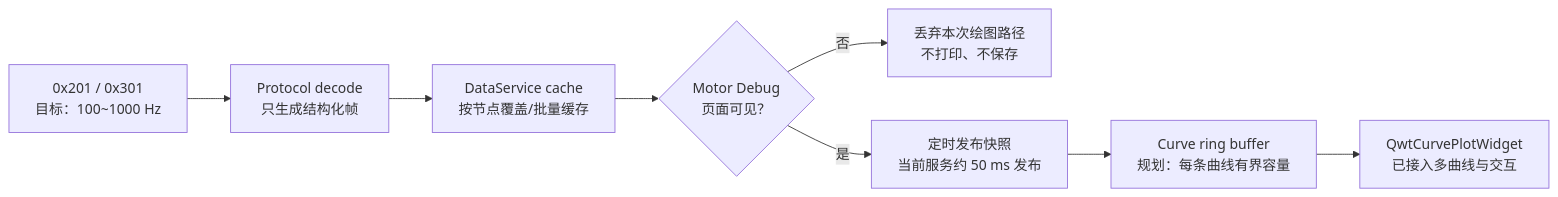
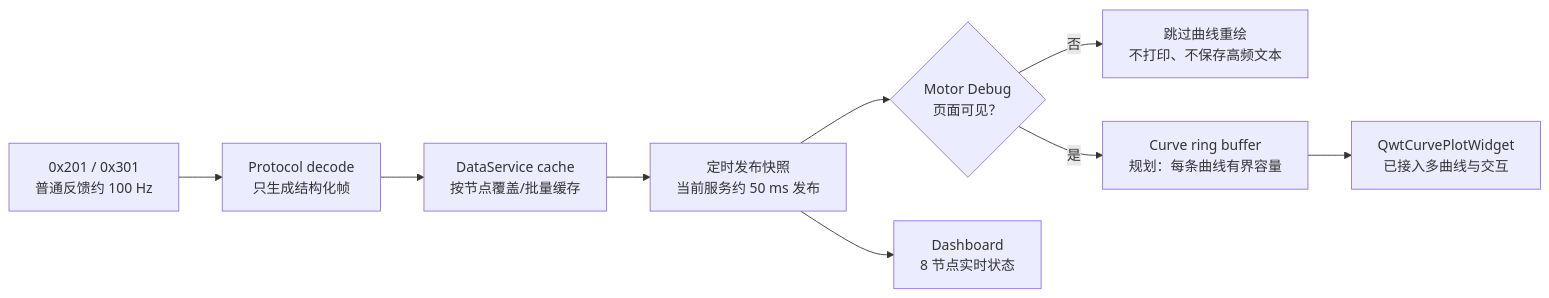
One commit to FlyFish0825/Underwater_GUI changed the sixth of 8 diagrams in docs/architecture.md. Above: the diagram before and after it, drawn with Mermaid. The commit also changed other lines of this file and 10 other files, not shown here.

````diff
--- a/docs/architecture.md
+++ b/docs/architecture.md
@@ -149,15 +149,17 @@
 ```mermaid
 flowchart LR
-    rx[0x201 / 0x301<br/>目标：100~1000 Hz]
+    rx[0x201 / 0x301<br/>普通反馈约 100 Hz]
     decode[Protocol decode<br/>只生成结构化帧]
     cache[DataService cache<br/>按节点覆盖/批量缓存]
+    publish[定时发布快照<br/>当前服务约 50 ms 发布]
     gate{Motor Debug<br/>页面可见？}
-    drop[丢弃本次绘图路径<br/>不打印、不保存]
-    publish[定时发布快照<br/>当前服务约 50 ms 发布]
+    drop[跳过曲线重绘<br/>不打印、不保存高频文本]
     ring[Curve ring buffer<br/>规划：每条曲线有界容量]
     plot[QwtCurvePlotWidget<br/>已接入多曲线与交互]
 
-    rx --> decode --> cache --> gate
+    rx --> decode --> cache --> publish
+    publish --> dashboard[Dashboard<br/>8 节点实时状态]
+    publish --> gate
     gate -->|否| drop
-    gate -->|是| publish --> ring --> plot
+    gate -->|是| ring --> plot
 ```
````
